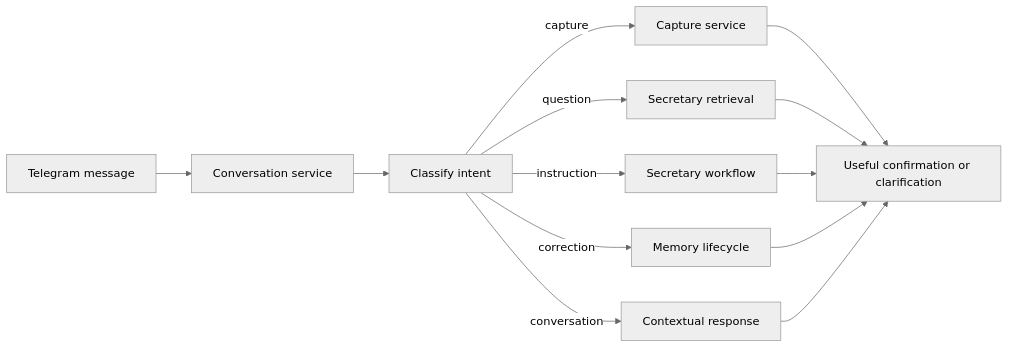
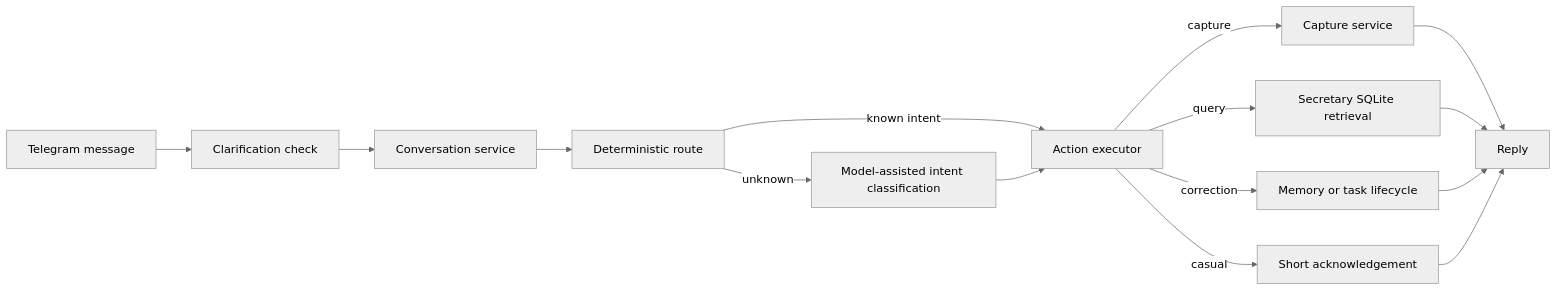
The second of 2 diagrams in docs/architecture.md (HuyVuCV1011/memocore-STE), drawn with Mermaid (neutral theme) before and after one commit. The commit also changed other lines of this file and 23 other files, not shown here.

````diff
--- a/docs/architecture.md
+++ b/docs/architecture.md
@@ -35,15 +37,17 @@
 ```mermaid
 flowchart LR
-    A["Telegram message"] --> B["Conversation service"]
-    B --> C["Classify intent"]
-    C -->|capture| D["Capture service"]
-    C -->|question| E["Secretary retrieval"]
-    C -->|instruction| F["Secretary workflow"]
-    C -->|correction| G["Memory lifecycle"]
-    C -->|conversation| H["Contextual response"]
-    D --> I["Useful confirmation or clarification"]
-    E --> I
-    F --> I
-    G --> I
-    H --> I
+    A["Telegram message"] --> B["Clarification check"]
+    B --> C["Conversation service"]
+    C --> D["Deterministic route"]
+    D -->|known intent| F["Action executor"]
+    D -->|unknown| E["Model-assisted intent classification"]
+    E --> F
+    F -->|capture| G["Capture service"]
+    F -->|query| H["Secretary SQLite retrieval"]
+    F -->|correction| I["Memory or task lifecycle"]
+    F -->|casual| J["Short acknowledgement"]
+    G --> K["Reply"]
+    H --> K
+    I --> K
+    J --> K
 ```
````
